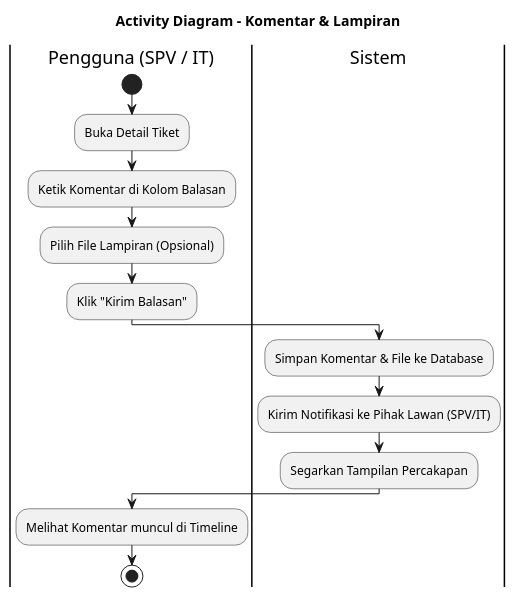
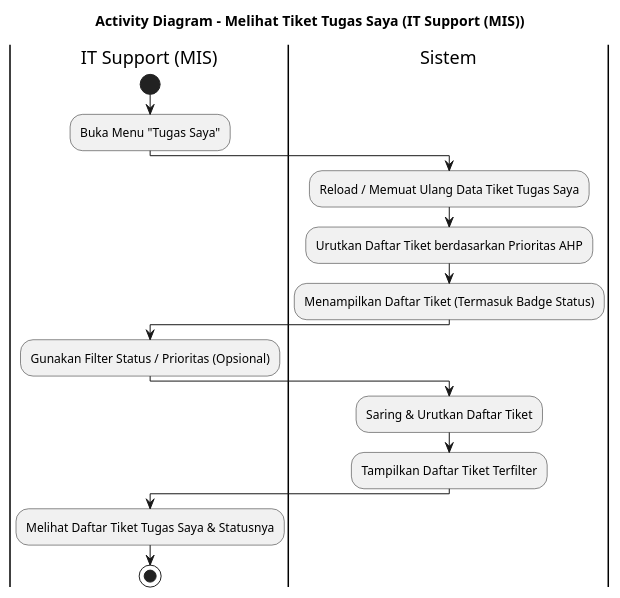
Before and after one commit to mrahmatfadila/bissmillah-skripsi-web: the eighth of 14 diagrams in docs/activity-diagrams.puml, drawn with PlantUML. The commit also changed other lines of this file and 62 other files, not shown here.

Commit message:
Update database and seeds with real Terminal 2 & 3 supervisor data and sync other project files

```diff
--- a/docs/activity-diagrams.puml
+++ b/docs/activity-diagrams.puml
@@ -117,16 +141,18 @@
-@startuml activity_komentar_lampiran
-title Activity Diagram - Komentar & Lampiran
-|Pengguna (SPV / IT)|
+@startuml activity_melihat_tiket_tugas_saya
+title Activity Diagram - Melihat Tiket Tugas Saya (IT Support (MIS))
+|IT Support (MIS)|
 start
-:Buka Detail Tiket;
-:Ketik Komentar di Kolom Balasan;
-:Pilih File Lampiran (Opsional);
-:Klik "Kirim Balasan";
+:Buka Menu "Tugas Saya";
 |Sistem|
-:Simpan Komentar & File ke Database;
-:Kirim Notifikasi ke Pihak Lawan (SPV/IT);
-:Segarkan Tampilan Percakapan;
-|Pengguna (SPV / IT)|
-:Melihat Komentar muncul di Timeline;
+:Reload / Memuat Ulang Data Tiket Tugas Saya;
+:Urutkan Daftar Tiket berdasarkan Prioritas AHP;
+:Menampilkan Daftar Tiket (Termasuk Badge Status);
+|IT Support (MIS)|
+:Gunakan Filter Status / Prioritas (Opsional);
+|Sistem|
+:Saring & Urutkan Daftar Tiket;
+:Tampilkan Daftar Tiket Terfilter;
+|IT Support (MIS)|
+:Melihat Daftar Tiket Tugas Saya & Statusnya;
 stop
 @enduml
```
